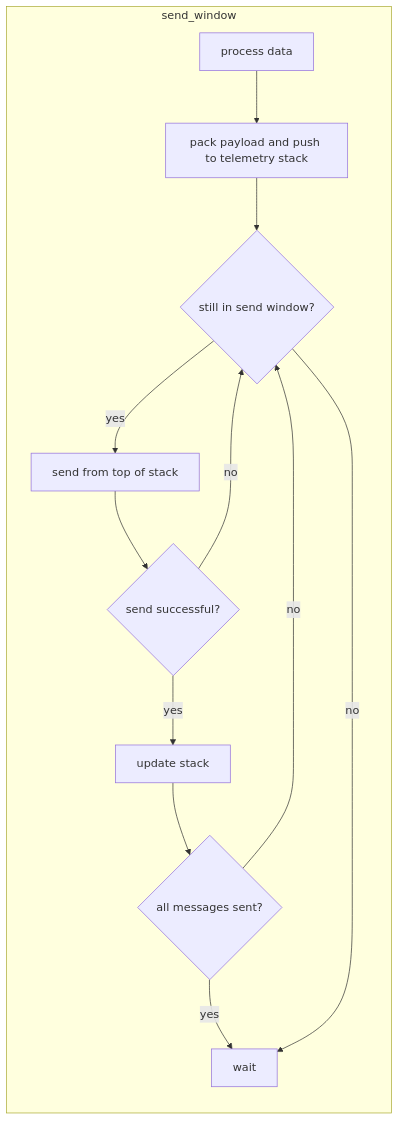
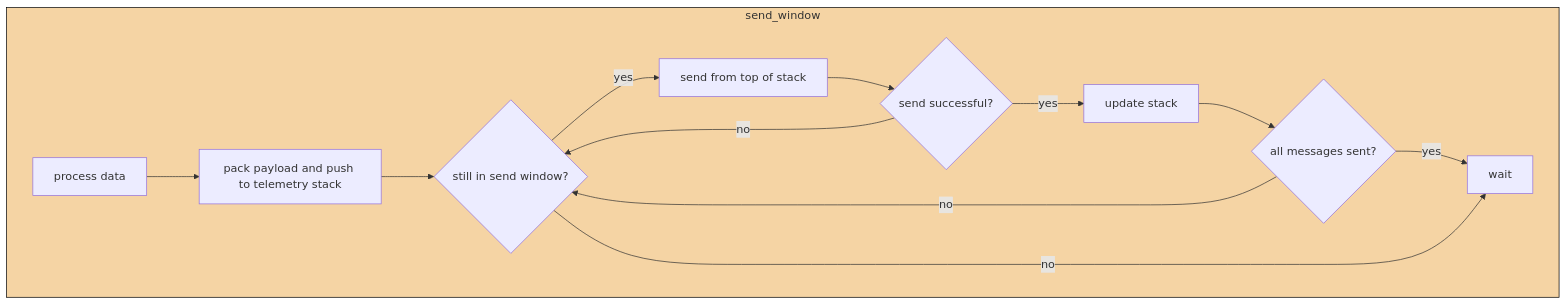
Before and after one commit to SASlabgroup/microSWIFT: the seventh of 7 diagrams in doc/Design.md, drawn with Mermaid. The commit also changed other lines of this file, not shown here.

````diff
--- a/doc/Design.md
+++ b/doc/Design.md
@@ -162,19 +190,22 @@
 ```mermaid
 flowchart LR
     subgraph send_window
-    direction TB
+    direction LR
     process["process data"]-->pack["pack payload and push to telemetry stack"]
             pack-->in_send{"still in send window?"}
             in_send-->|yes| send["send from top of stack"];
                 send-->send_successful{"send successful?"}
                     send_successful-->|yes| update_stack["update stack"]
                         update_stack-->all_sent{"all messages sent?"}
                         all_sent-->|yes| wait
 
                         all_sent-->|no| in_send
 
                     send_successful-->|no| in_send
 
             in_send-->|no| wait 
     end
+
+    classDef orange fill:#f5d4a4,stroke:#000000,stroke-width:1px
+    class send_window orange
 ```
````
